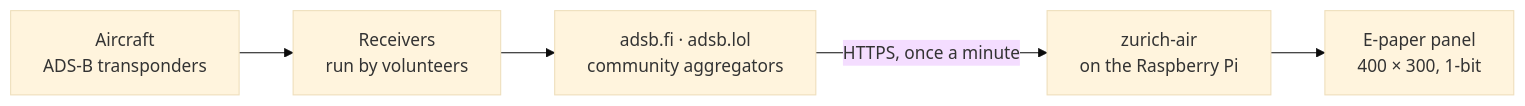
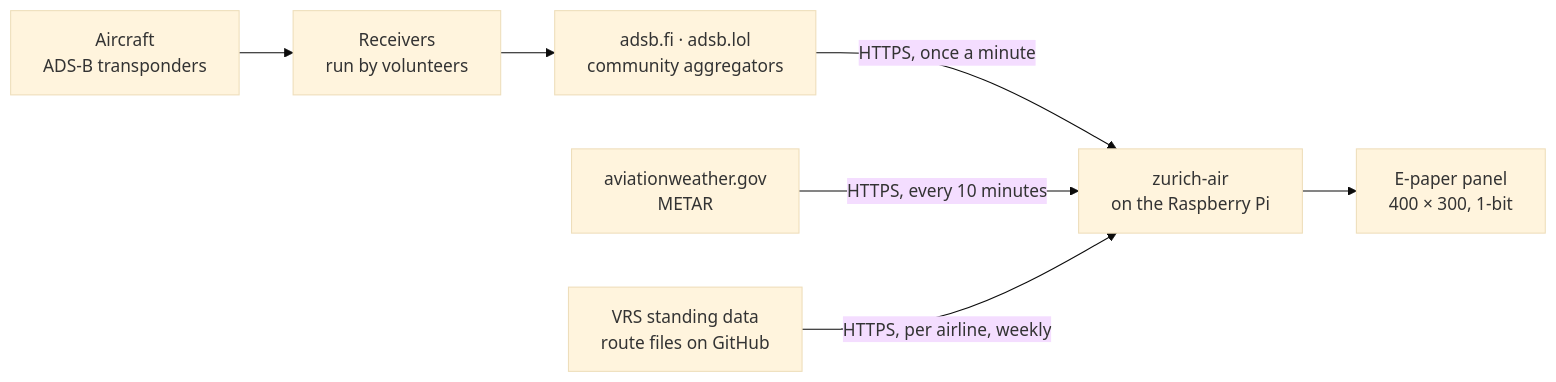
One commit to nandometzger/zurich-air changed the first of 4 diagrams in docs/how-it-works.md. Above: the diagram before and after it, drawn with Mermaid (base theme). The commit also changed other lines of this file and 1 other file, not shown here.

First line of the commit message:
Explain the runways in use, route checks and weather

````diff
--- a/docs/how-it-works.md
+++ b/docs/how-it-works.md
@@ -24,7 +28,9 @@
 ```mermaid
 flowchart LR
     AC["Aircraft<br/>ADS-B transponders"] --> RX["Receivers<br/>run by volunteers"]
     RX --> AG["adsb.fi · adsb.lol<br/>community aggregators"]
     AG -->|"HTTPS, once a minute"| ZA["zurich-air<br/>on the Raspberry Pi"]
+    WX["aviationweather.gov<br/>METAR"] -->|"HTTPS, every 10 minutes"| ZA
+    VR["VRS standing data<br/>route files on GitHub"] -->|"HTTPS, per airline, weekly"| ZA
     ZA --> EP["E-paper panel<br/>400 × 300, 1-bit"]
 ```
````
